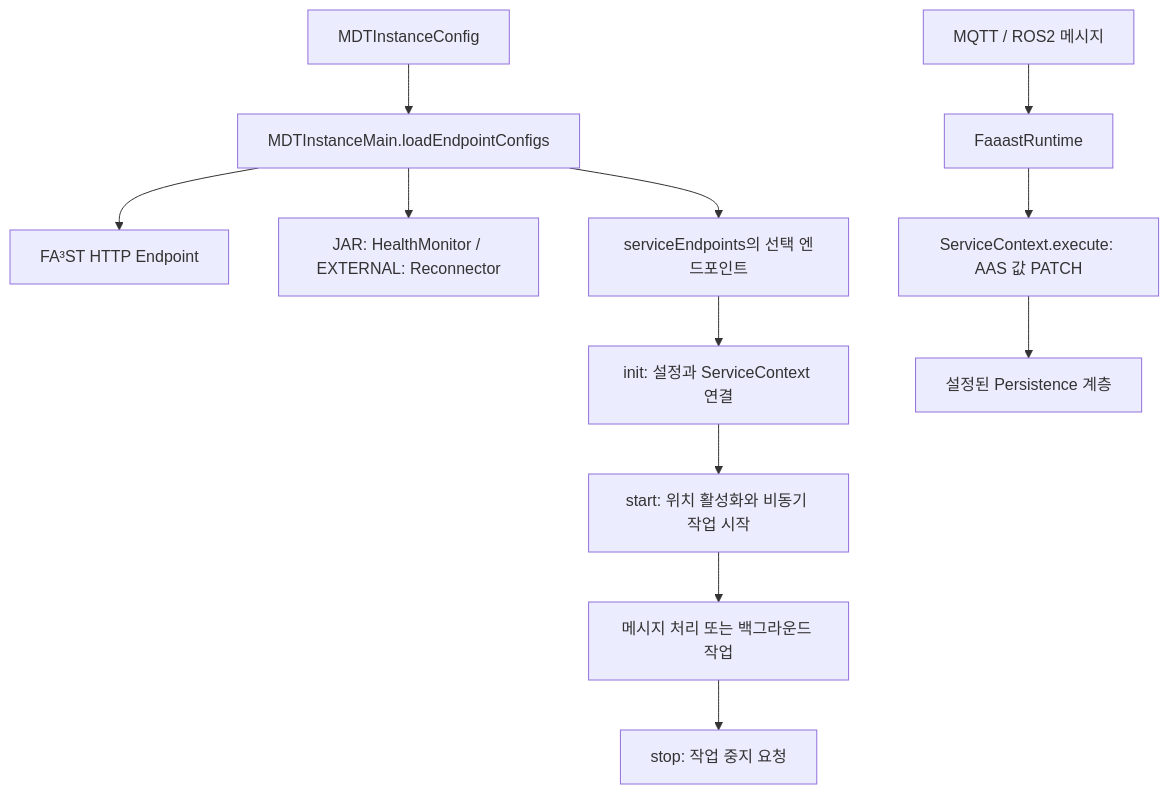
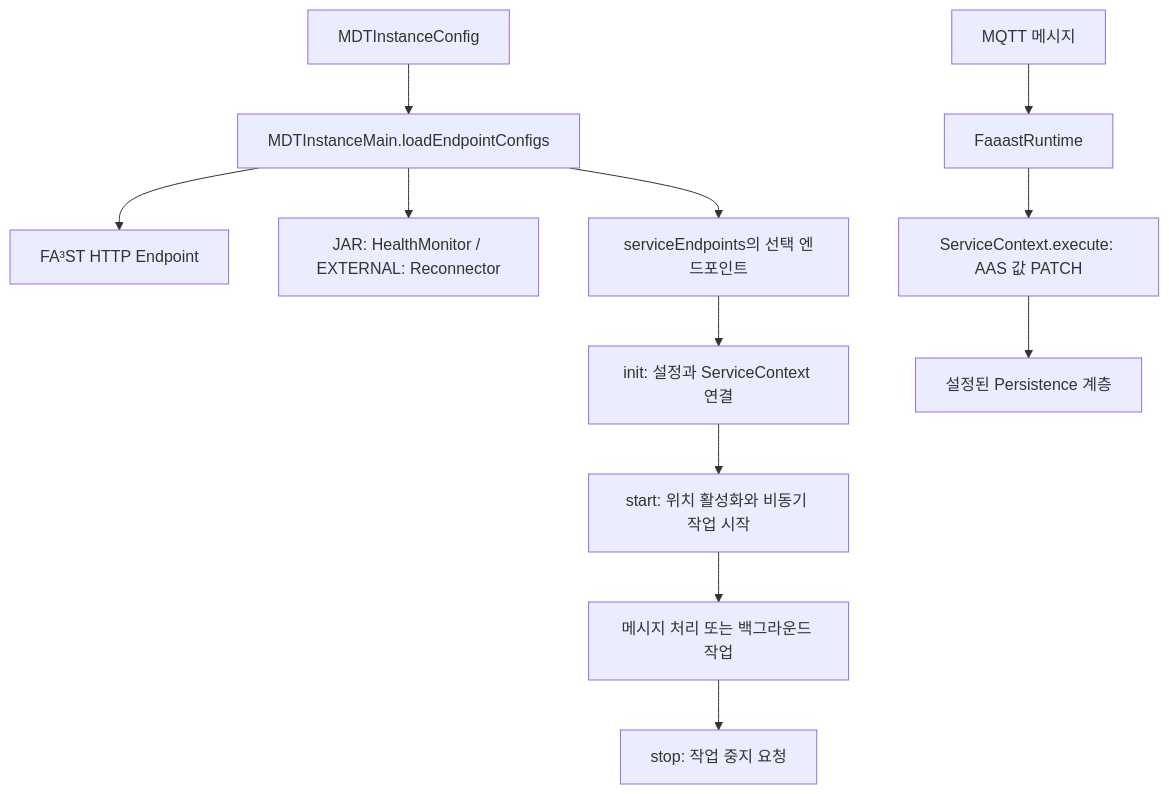
Before and after one commit to kwlee0220/mdt-instance: the first of 8 diagrams in docs/endpoint-guide.md, drawn with Mermaid. The commit also changed other lines of this file and 22 other files, not shown here.

````diff
--- a/docs/endpoint-guide.md
+++ b/docs/endpoint-guide.md
@@ -40,14 +41,14 @@
 ```mermaid
 flowchart TD
     C[MDTInstanceConfig] --> L[MDTInstanceMain.loadEndpointConfigs]
     L --> H[FA³ST HTTP Endpoint]
     L --> M[JAR: HealthMonitor / EXTERNAL: Reconnector]
     L --> E[serviceEndpoints의 선택 엔드포인트]
     E --> I[init: 설정과 ServiceContext 연결]
     I --> S[start: 위치 활성화와 비동기 작업 시작]
     S --> R[메시지 처리 또는 백그라운드 작업]
     R --> T[stop: 작업 중지 요청]
-    Q[MQTT / ROS2 메시지] --> F[FaaastRuntime]
+    Q[MQTT 메시지] --> F[FaaastRuntime]
     F --> P[ServiceContext.execute: AAS 값 PATCH]
     P --> V[설정된 Persistence 계층]
 ```
````
